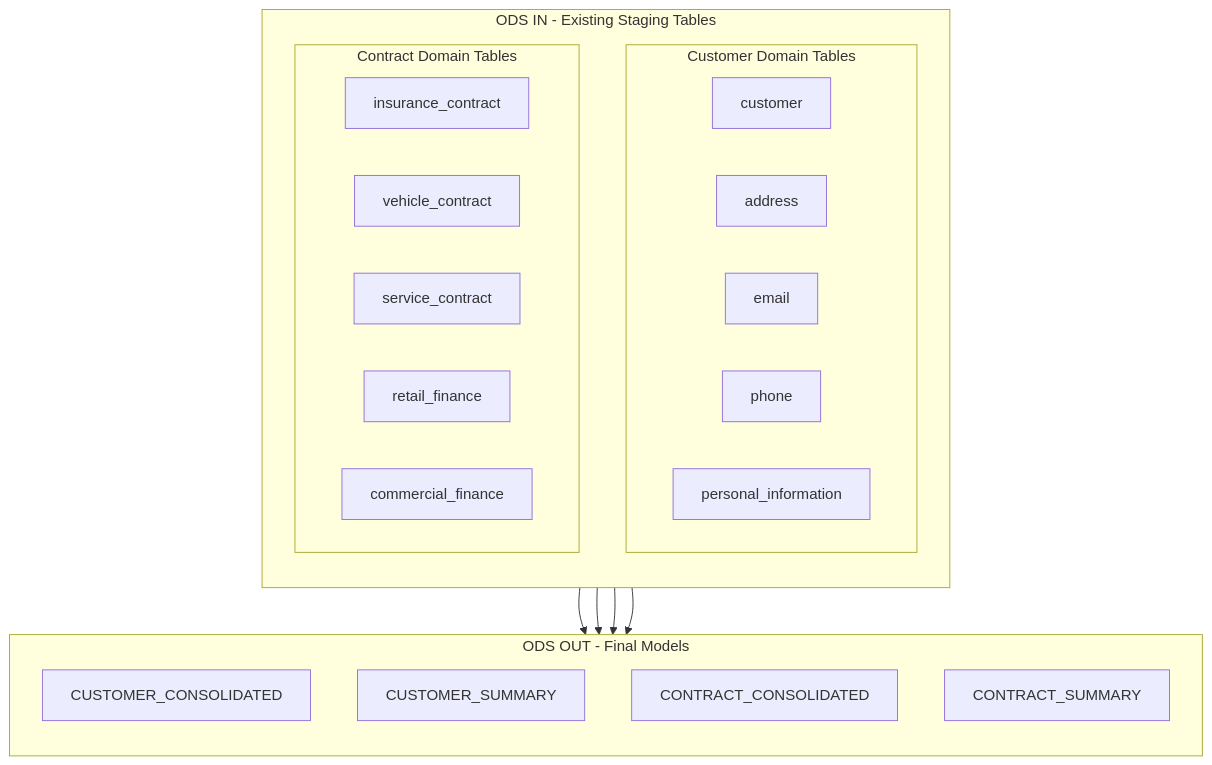
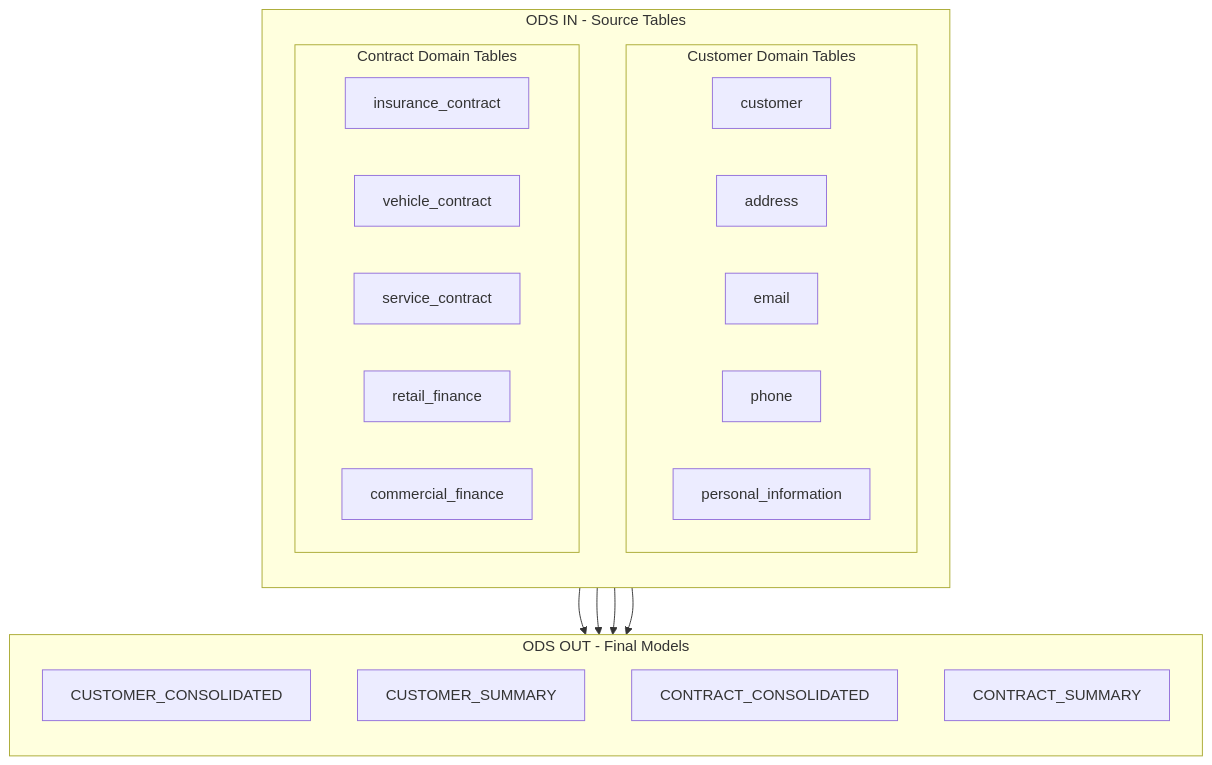
Before and after one commit to neeraj22ny/ods_dk_dbt: the first of 3 diagrams in plans/architecture_plan.md, drawn with Mermaid. The commit also changed other lines of this file and 4 other files, not shown here.

````diff
--- a/plans/architecture_plan.md
+++ b/plans/architecture_plan.md
@@ -18,33 +18,33 @@
 ```mermaid
 flowchart TB
-    subgraph Sources[ODS IN - Existing Staging Tables]
+    subgraph Sources[ODS IN - Source Tables]
         direction TB
         subgraph CustomerSources[Customer Domain Tables]
             CUST[customer]
             ADDR[address]
             EMAIL[email]
             PHONE[phone]
             PERS[personal_information]
         end
         subgraph ContractSources[Contract Domain Tables]
             INS[insurance_contract]
             VEH[vehicle_contract]
             SVC[service_contract]
             RET[retail_finance]
             COM[commercial_finance]
         end
     end
 
     subgraph Marts[ODS OUT - Final Models]
         direction TB
         CUSTOMER_CONS[CUSTOMER_CONSOLIDATED]
         CUSTOMER_SUM[CUSTOMER_SUMMARY]
         CONTRACT_CONS[CONTRACT_CONSOLIDATED]
         CONTRACT_SUM[CONTRACT_SUMMARY]
     end
 
     CustomerSources --> CUSTOMER_CONS
     CustomerSources --> CUSTOMER_SUM
     ContractSources --> CONTRACT_CONS
     ContractSources --> CONTRACT_SUM
 ```
````
